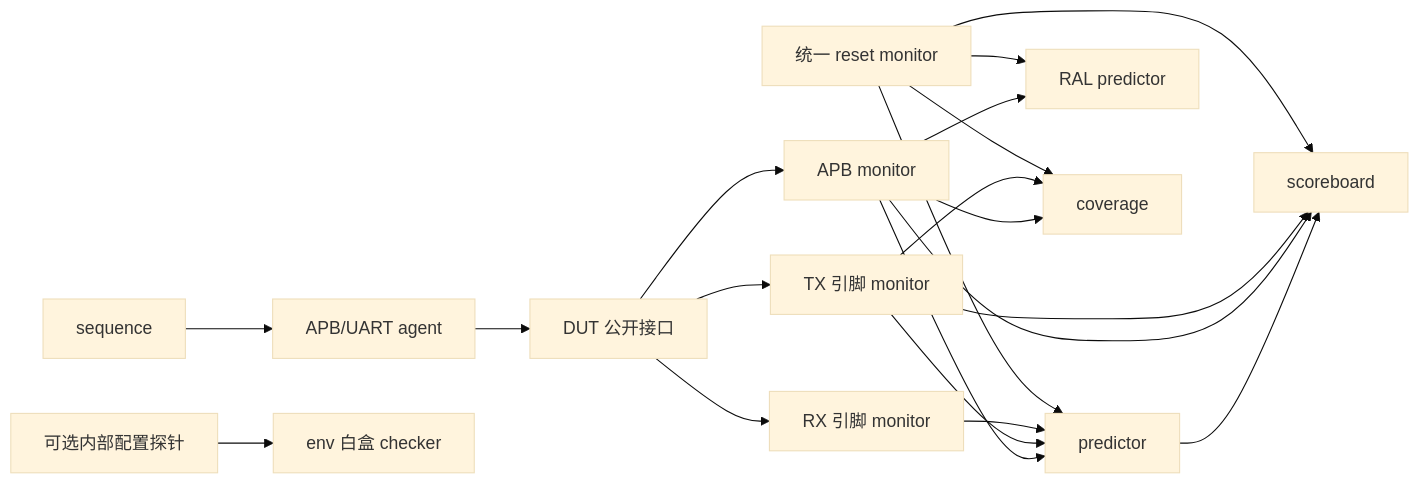
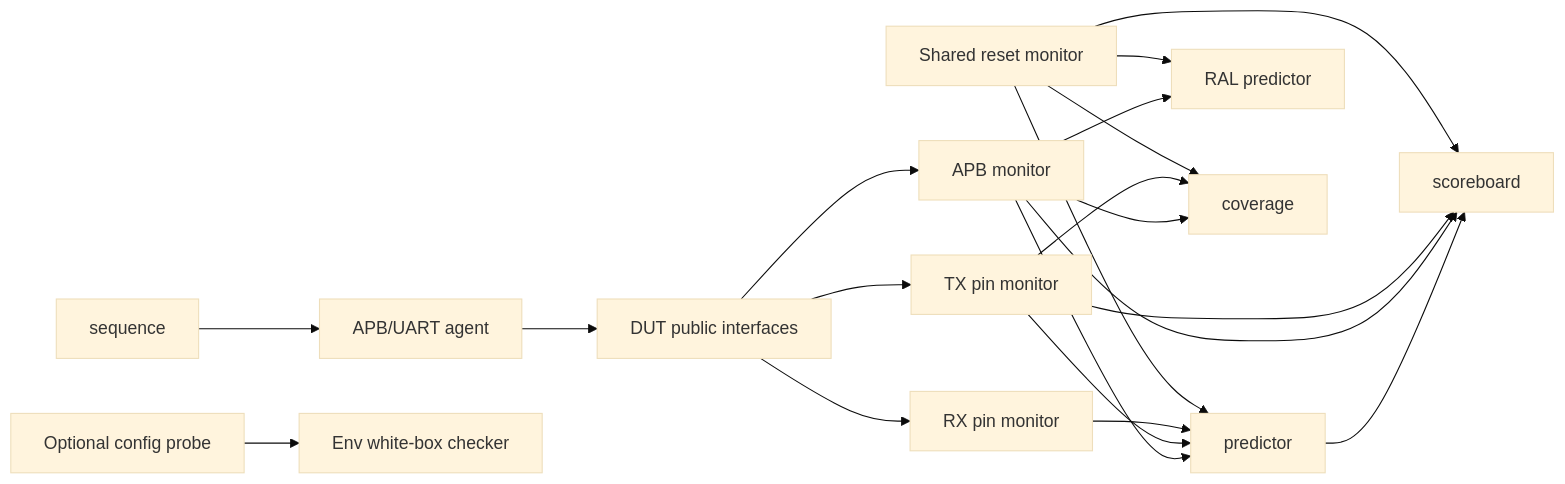
One commit to zlsjtj/apb-uart-fifo-uvm changed the second of 3 diagrams in docs/architecture_figures.md. Above: the diagram before and after it, drawn with Mermaid (base theme). The commit also changed other lines of this file and 8 other files, not shown here.

````diff
--- a/docs/architecture_figures.md
+++ b/docs/architecture_figures.md
@@ -30,22 +37,22 @@
 ```mermaid
 flowchart LR
   SEQ[sequence] --> AGENT[APB/UART agent]
-  AGENT --> DUT[DUT 公开接口]
+  AGENT --> DUT[DUT public interfaces]
   DUT --> AM[APB monitor]
-  DUT --> TM[TX 引脚 monitor]
-  DUT --> RM[RX 引脚 monitor]
+  DUT --> TM[TX pin monitor]
+  DUT --> RM[RX pin monitor]
   AM --> PRED[predictor]
   TM --> PRED
   RM --> PRED
   PRED --> SB[scoreboard]
   AM --> SB
   TM --> SB
   AM --> RAL[RAL predictor]
   AM --> COV[coverage]
   TM --> COV
-  RESET[统一 reset monitor] --> PRED
+  RESET[Shared reset monitor] --> PRED
   RESET --> SB
   RESET --> RAL
   RESET --> COV
-  PROBE[可选内部配置探针] --> CHECK[env 白盒 checker]
+  PROBE[Optional config probe] --> CHECK[Env white-box checker]
 ```
````
